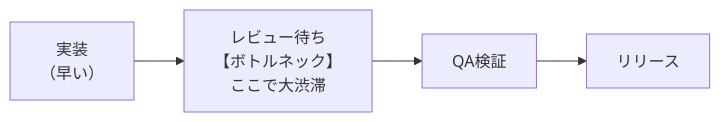
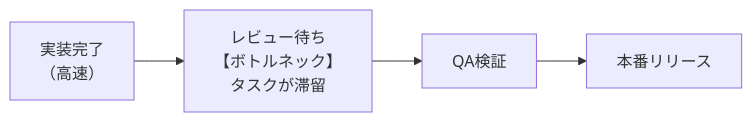
The diagram in books/project-management-as-dandori/6.focus.md (MasuqaT-NET/Zenn-contents), drawn with Mermaid before and after one commit. The commit also changed other lines of this file and 7 other files, not shown here.

````diff
--- a/books/project-management-as-dandori/6.focus.md
+++ b/books/project-management-as-dandori/6.focus.md
@@ -38,6 +33,6 @@
 ```mermaid
 flowchart LR
-    impl["実装<br>（早い）"] --> pr["レビュー待ち<br>【ボトルネック】<br>ここで大渋滞"]
+    impl["実装完了<br>（高速）"] --> pr["レビュー待ち<br>【ボトルネック】<br>タスクが滞留"]
     pr --> qa["QA検証"]
-    qa --> release["リリース"]
+    qa --> release["本番リリース"]
 ```
````
